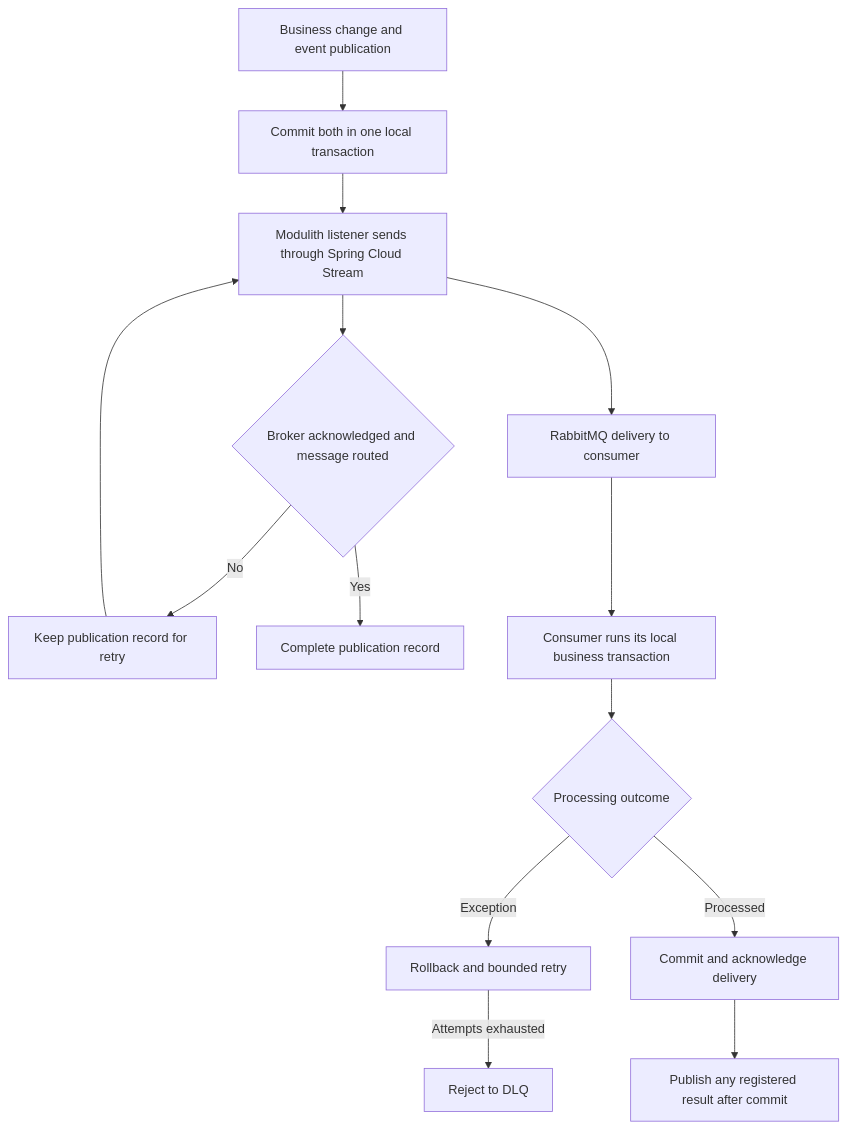
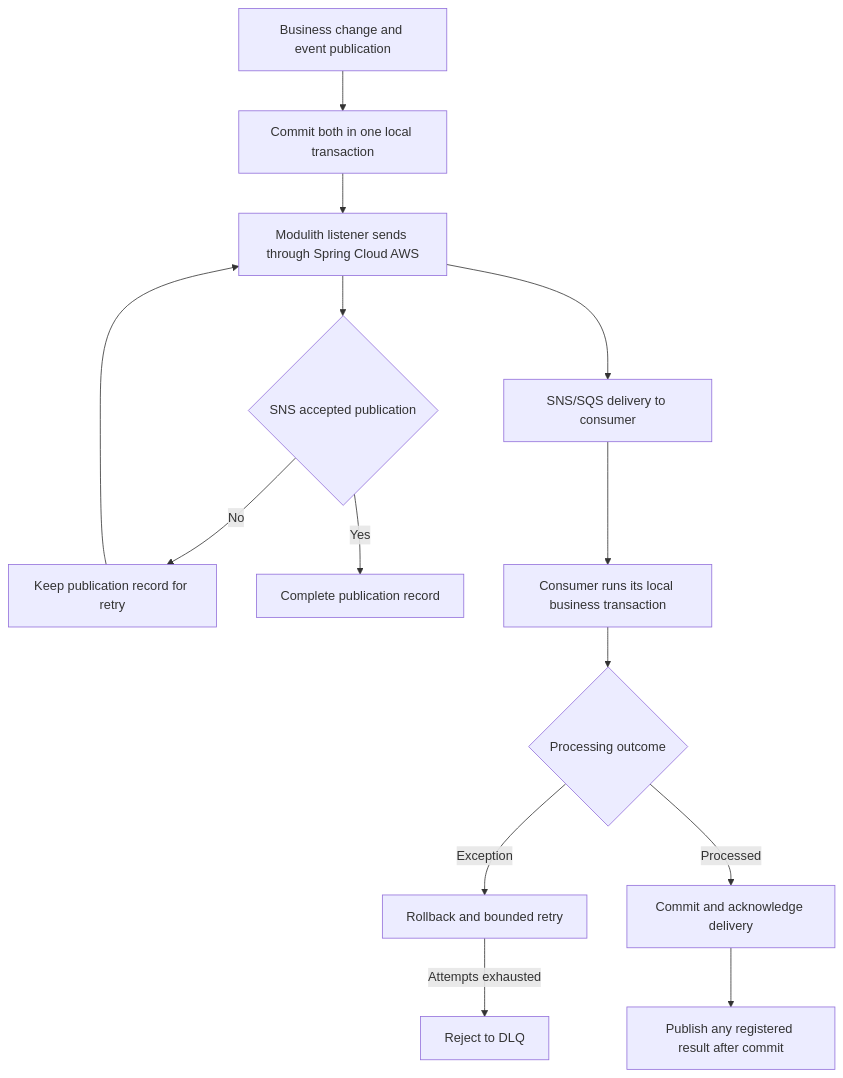
Diagram 14 of 16 in order-service/README.md (AY2627S1-CS3219-P24/FoC), drawn with Mermaid before and after one commit. The commit also changed other lines of this file and 28 other files, not shown here.

Commit message:
FOC-54: finish order and credit event publication through SNS and SQS

````diff
--- a/order-service/README.md
+++ b/order-service/README.md
@@ -481,16 +481,16 @@
 ```mermaid
 flowchart TD
     A[Business change and event publication] --> B[Commit both in one local transaction]
-    B --> C[Modulith listener sends through Spring Cloud Stream]
-    C --> D{Broker acknowledged and message routed}
+    B --> C[Modulith listener sends through Spring Cloud AWS]
+    C --> D{SNS accepted publication}
     D -->|No| E[Keep publication record for retry]
     E --> C
     D -->|Yes| F[Complete publication record]
-    C --> G[RabbitMQ delivery to consumer]
+    C --> G[SNS/SQS delivery to consumer]
     G --> H[Consumer runs its local business transaction]
     H --> I{Processing outcome}
     I -->|Exception| J[Rollback and bounded retry]
     J -->|Attempts exhausted| K[Reject to DLQ]
     I -->|Processed| L[Commit and acknowledge delivery]
     L --> M[Publish any registered result after commit]
 ```
````
